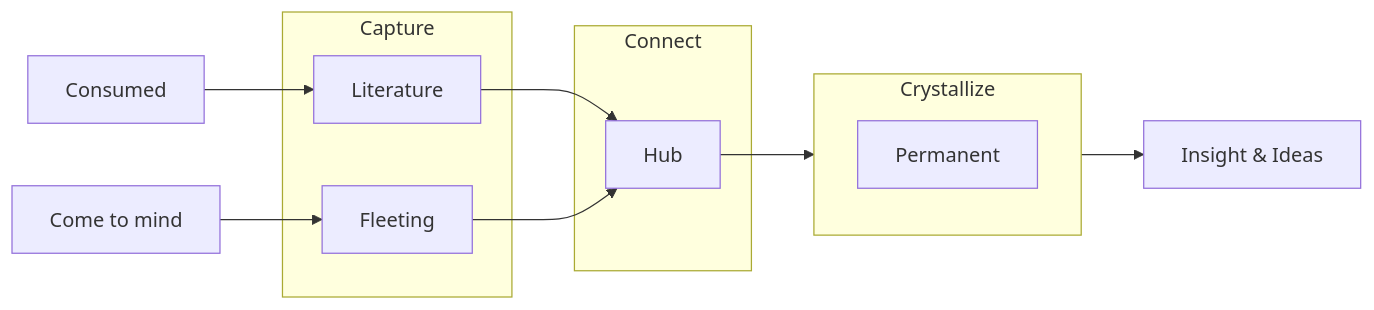
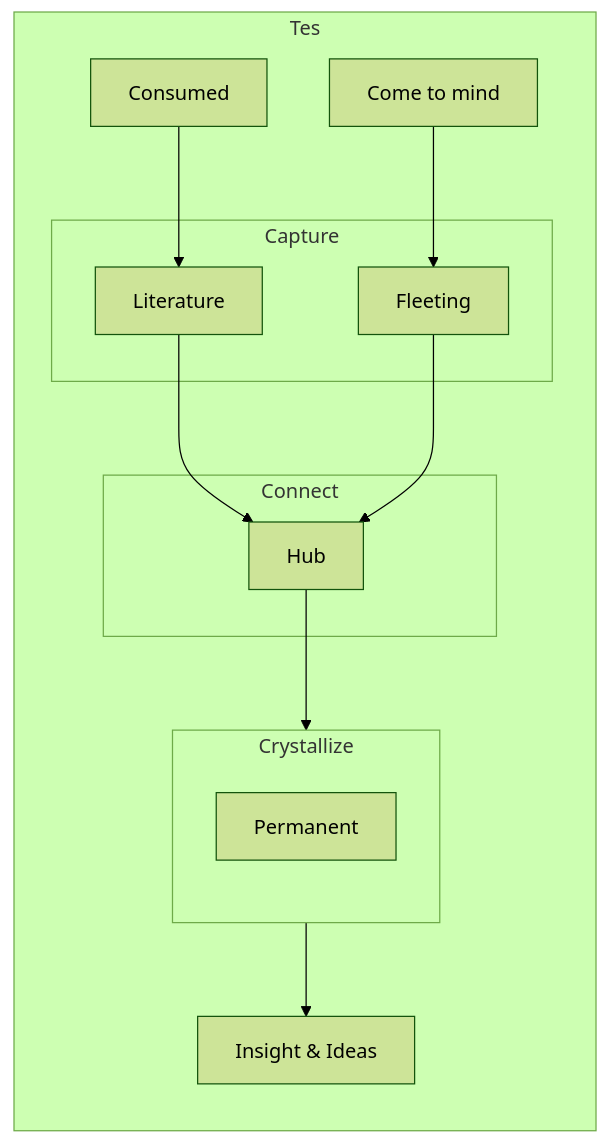
Before and after one commit to arzivre/arzivre.com: the diagram in contents/posts/tes.mdx, drawn with Mermaid. The commit also changed other lines of this file and 10 other files, not shown here.

````diff
--- a/contents/posts/tes.mdx
+++ b/contents/posts/tes.mdx
@@ -23,23 +23,26 @@
 ```mermaid
-%%{init: {'theme':'base',themeVariables': { 'primaryColor': '#364FC7'}}}%%
+%%{init: {'theme':'forest'}}%%
 graph LR
+ subgraph Tes
+
  A[Consumed] --> C[Literature]
  B[Come to mind] --> D[Fleeting]
 
  subgraph Capture
 	 C[Literature]
 	 D[Fleeting]
  end
 
  subgraph Connect
 	 C --> E[Hub]
 	 D --> E[Hub]
  end
 
  subgraph Crystallize
 	 direction TB
 	 E[Hub] --> F[Permanent]
  end
 
  F --> G[Insight & Ideas]
+ end
 ```
````
